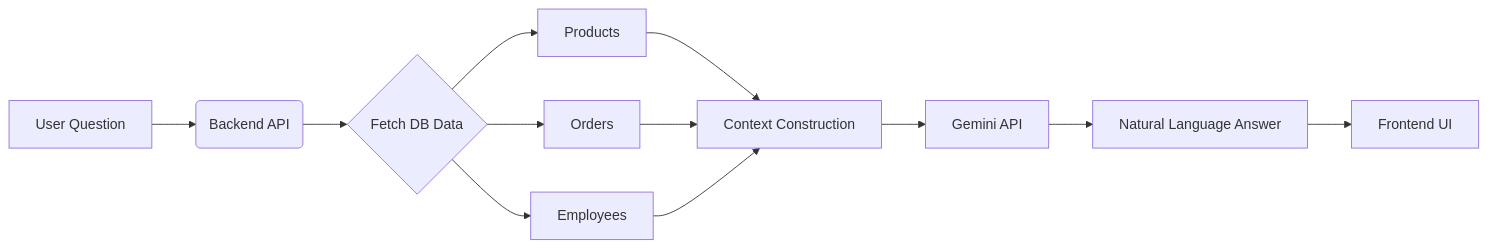
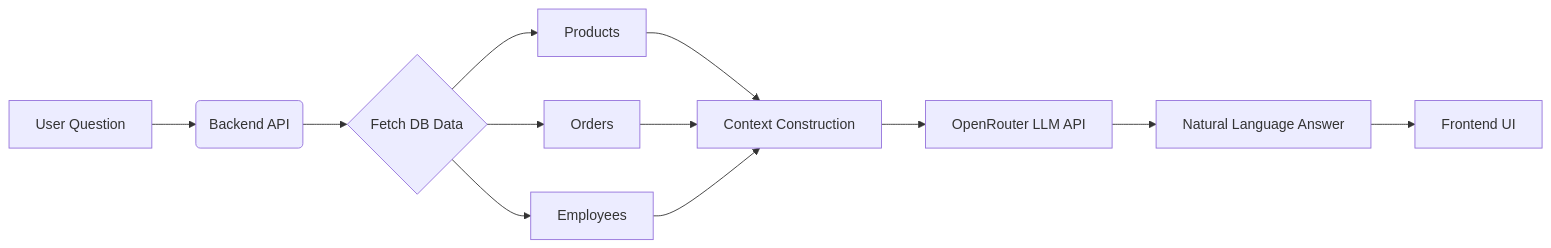
Before and after one commit to shivamkr1911/TRIACT: the first of 2 diagrams in README.md, drawn with Mermaid. The commit also changed other lines of this file, not shown here.

Commit message:
fix: update README to reflect OpenRouter integration and remove Google Gemini references

````diff
--- a/README.md
+++ b/README.md
@@ -106,12 +104,12 @@
 ```mermaid
 graph LR
     A[User Question] --> B(Backend API)
     B --> C{Fetch DB Data}
     C --> D[Products]
     C --> E[Orders]
     C --> F[Employees]
     D & E & F --> G[Context Construction]
-    G --> H[Gemini API]
+    G --> H[OpenRouter LLM API]
     H --> I[Natural Language Answer]
     I --> J[Frontend UI]
 ```
````
